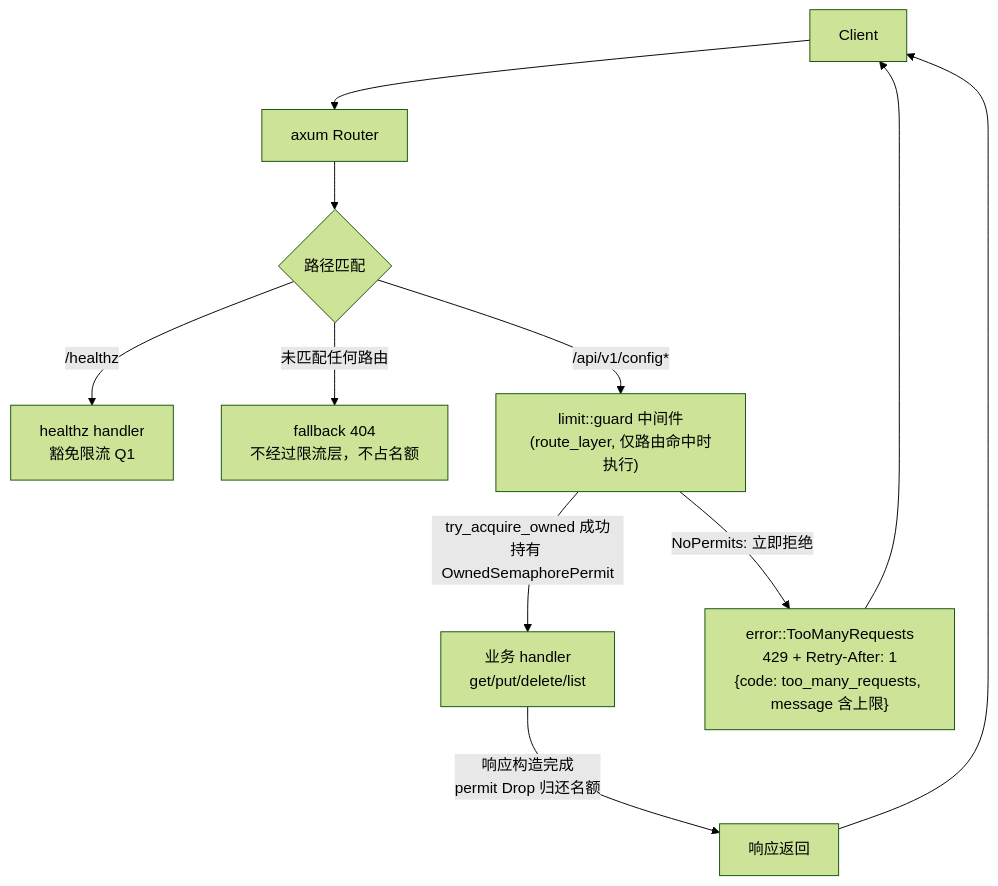
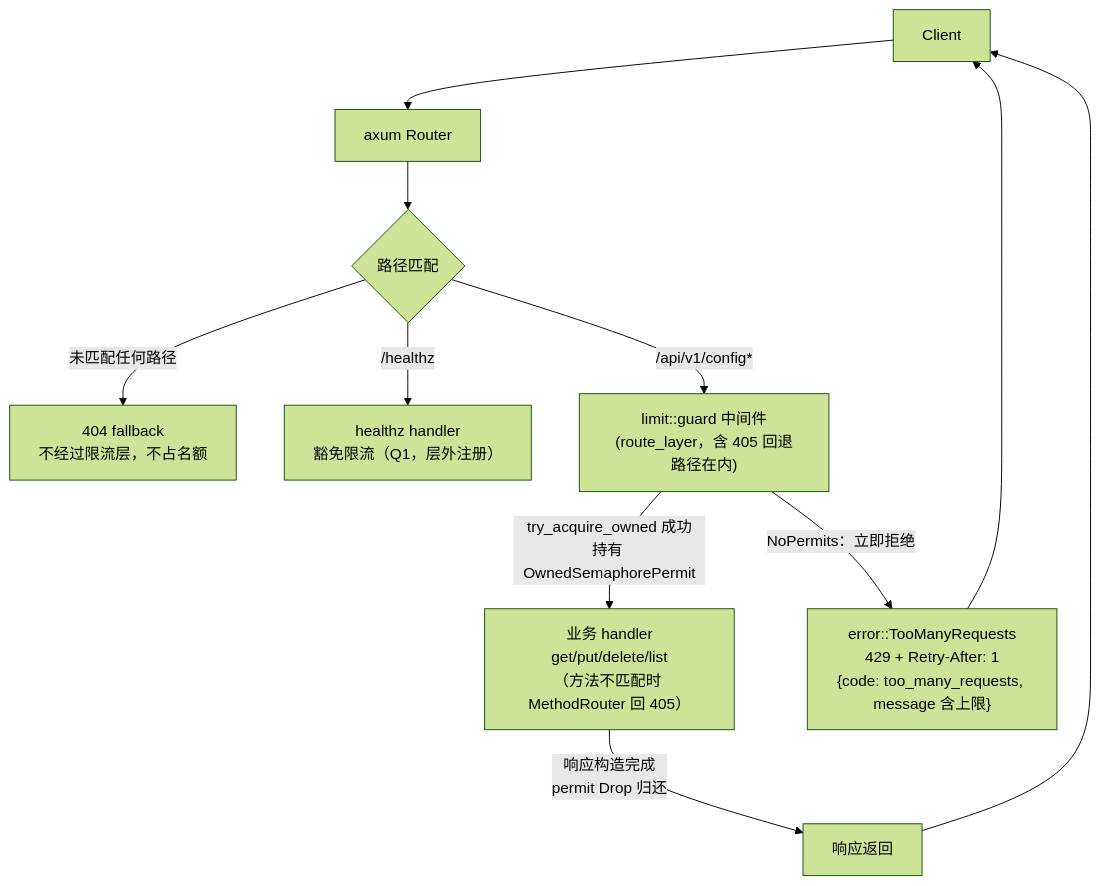
Before and after one commit to jonyangx/velox: the diagram in docs/specs/instance-concurrency-limit/02-architecture.md, drawn with Mermaid (forest theme). The commit also changed other lines of this file and 8 other files, not shown here.

````diff
--- a/docs/specs/instance-concurrency-limit/02-architecture.md
+++ b/docs/specs/instance-concurrency-limit/02-architecture.md
@@ -39,13 +67,13 @@
 ```mermaid
 flowchart TD
     C[Client] --> L[axum Router]
     L --> M{路径匹配}
-    M -->|/healthz| H[healthz handler<br/>豁免限流 Q1]
-    M -->|未匹配任何路由| F[fallback 404<br/>不经过限流层，不占名额]
-    M -->|/api/v1/config*| G["limit::guard 中间件<br/>(route_layer, 仅路由命中时执行)"]
-    G -->|try_acquire_owned 成功<br/>持有 OwnedSemaphorePermit| HD[业务 handler<br/>get/put/delete/list]
-    G -->|NoPermits: 立即拒绝| TJ["error::TooManyRequests<br/>429 + Retry-After: 1<br/>{code: too_many_requests, message 含上限}"]
-    HD -->|响应构造完成<br/>permit Drop 归还名额| R2[响应返回]
+    M -->|未匹配任何路径| F["404 fallback<br/>不经过限流层，不占名额"]
+    M -->|/healthz| H["healthz handler<br/>豁免限流（Q1，层外注册）"]
+    M -->|/api/v1/config*| G["limit::guard 中间件<br/>(route_layer，含 405 回退路径在内)"]
+    G -->|try_acquire_owned 成功<br/>持有 OwnedSemaphorePermit| HD["业务 handler<br/>get/put/delete/list<br/>（方法不匹配时 MethodRouter 回 405）"]
+    G -->|NoPermits：立即拒绝| TJ["error::TooManyRequests<br/>429 + Retry-After: 1<br/>{code: too_many_requests, message 含上限}"]
+    HD -->|响应构造完成<br/>permit Drop 归还| R2[响应返回]
     TJ --> C
     R2 --> C
 ```
````
